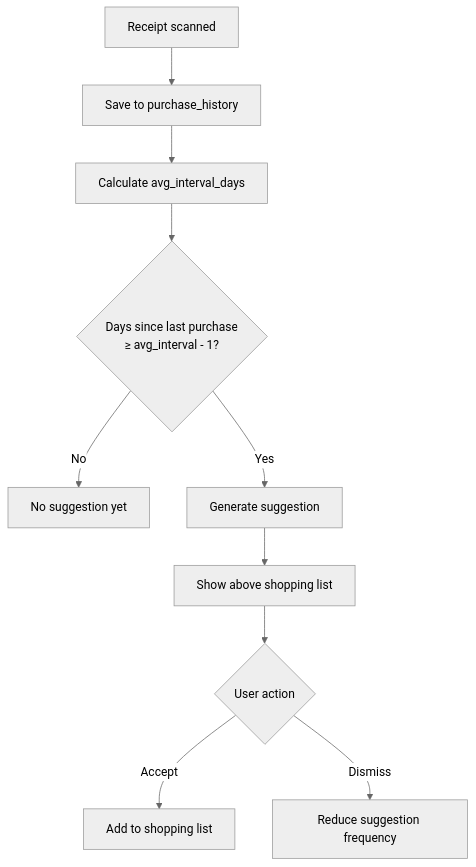
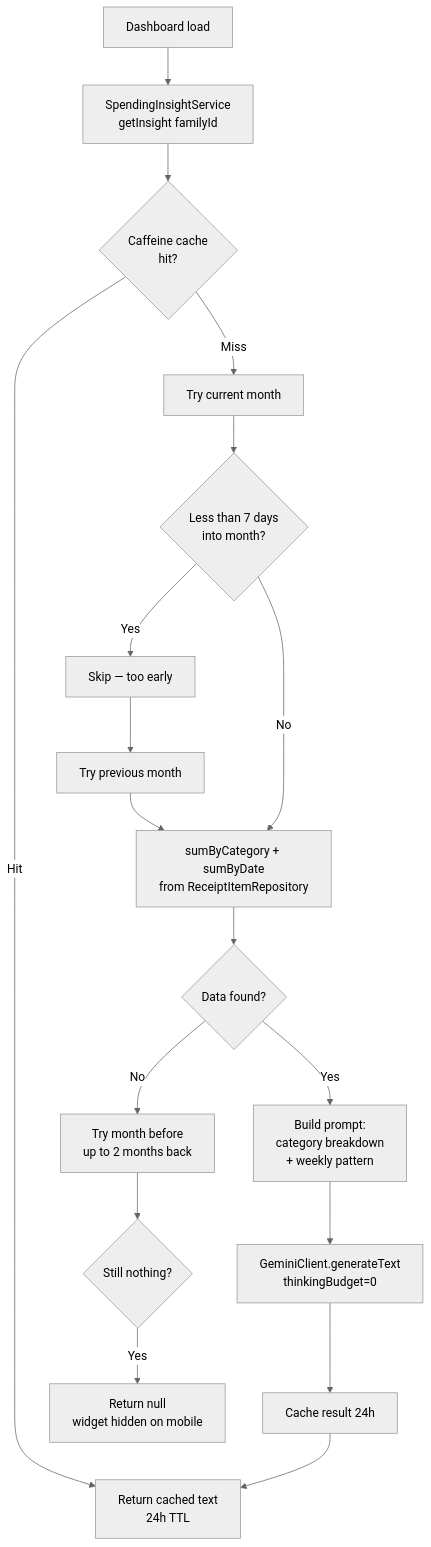
The sixth of 6 diagrams in doc/ARCHITECTURE_DIAGRAMS.md (oksanajonaite/family-hub), drawn with Mermaid (neutral theme) before and after one commit. The commit also changed other lines of this file and 39 other files, not shown here.

````diff
--- a/doc/ARCHITECTURE_DIAGRAMS.md
+++ b/doc/ARCHITECTURE_DIAGRAMS.md
@@ -168,12 +165,20 @@
 ```mermaid
 flowchart TD
-    A[Receipt scanned] --> B[Save to purchase_history]
-    B --> C[Calculate avg_interval_days]
-    C --> D{Days since last purchase\n≥ avg_interval - 1?}
-    D -- No --> E[No suggestion yet]
-    D -- Yes --> F[Generate suggestion]
-    F --> G[Show above shopping list]
-    G --> H{User action}
-    H -- Accept --> I[Add to shopping list]
-    H -- Dismiss --> J[Reduce suggestion frequency]
+    A[Dashboard load] --> B[SpendingInsightService\ngetInsight familyId]
+    B --> C{Caffeine cache\nhit?}
+    C -- Hit --> D[Return cached text\n24h TTL]
+    C -- Miss --> E[Try current month]
+    E --> F{Less than 7 days\ninto month?}
+    F -- Yes --> G[Skip — too early]
+    G --> H[Try previous month]
+    F -- No --> I[sumByCategory + sumByDate\nfrom ReceiptItemRepository]
+    H --> I
+    I --> J{Data found?}
+    J -- No --> K[Try month before\nup to 2 months back]
+    K --> L{Still nothing?}
+    L -- Yes --> M[Return null\nwidget hidden on mobile]
+    J -- Yes --> N[Build prompt:\ncategory breakdown\n+ weekly pattern]
+    N --> O[GeminiClient.generateText\nthinkingBudget=0]
+    O --> P[Cache result 24h]
+    P --> D
 ```
````
